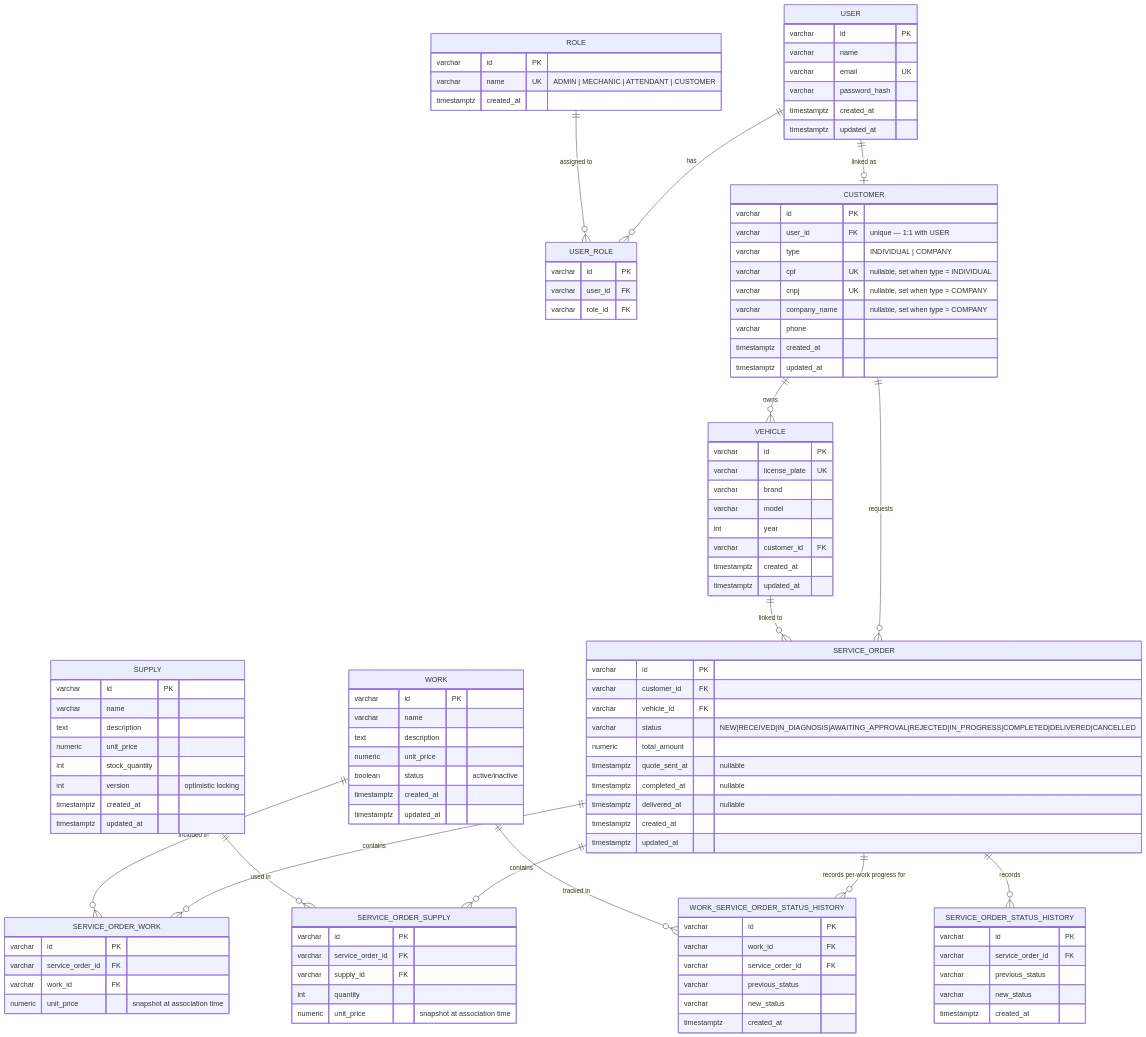
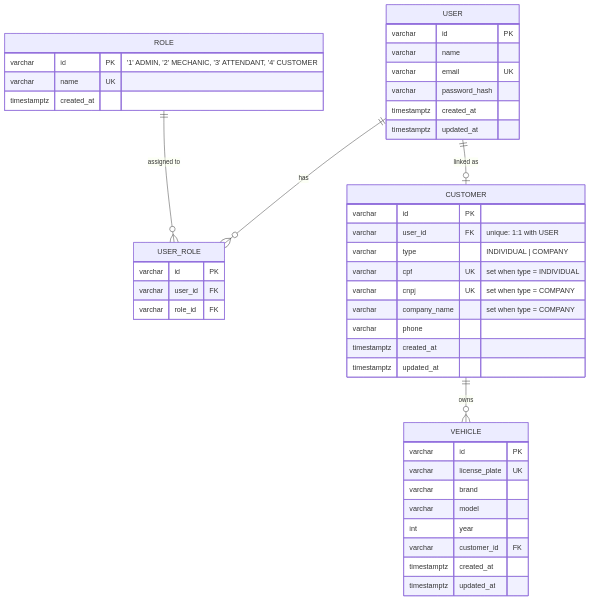
One commit to POS-FIAP-15SOAT-TEAM-DARK-MODE/auto-repair-shop-infra-db changed the first of 3 diagrams in docs/database-erd.md. Above: the diagram before and after it, drawn with Mermaid. The commit also changed other lines of this file, not shown here.

First line of the commit message:
docs(erd): one entity-relationship model per database

````diff
--- a/docs/database-erd.md
+++ b/docs/database-erd.md
@@ -23,8 +31,8 @@
     }
 
     ROLE {
-        varchar id PK
-        varchar name UK "ADMIN | MECHANIC | ATTENDANT | CUSTOMER"
+        varchar id PK "'1' ADMIN, '2' MECHANIC, '3' ATTENDANT, '4' CUSTOMER"
+        varchar name UK
         timestamptz created_at
     }
 
@@ -36,11 +44,11 @@
 
     CUSTOMER {
         varchar id PK
-        varchar user_id FK "unique — 1:1 with USER"
+        varchar user_id FK "unique: 1:1 with USER"
         varchar type "INDIVIDUAL | COMPANY"
-        varchar cpf UK "nullable, set when type = INDIVIDUAL"
-        varchar cnpj UK "nullable, set when type = COMPANY"
-        varchar company_name "nullable, set when type = COMPANY"
+        varchar cpf UK "set when type = INDIVIDUAL"
+        varchar cnpj UK "set when type = COMPANY"
+        varchar company_name "set when type = COMPANY"
         varchar phone
         timestamptz created_at
         timestamptz updated_at
@@ -57,83 +65,8 @@
         timestamptz updated_at
     }
 
-    WORK {
-        varchar id PK
-        varchar name
-        text description
-        numeric unit_price
-        boolean status "active/inactive"
-        timestamptz created_at
-        timestamptz updated_at
-    }
-
-    SUPPLY {
-        varchar id PK
-        varchar name
-        text description
-        numeric unit_price
-        int stock_quantity
-        int version "optimistic locking"
-        timestamptz created_at
-        timestamptz updated_at
-    }
-
-    SERVICE_ORDER {
-        varchar id PK
-        varchar customer_id FK
-        varchar vehicle_id FK
-        varchar status "NEW|RECEIVED|IN_DIAGNOSIS|AWAITING_APPROVAL|REJECTED|IN_PROGRESS|COMPLETED|DELIVERED|CANCELLED"
-        numeric total_amount
-        timestamptz quote_sent_at "nullable"
-        timestamptz completed_at "nullable"
-        timestamptz delivered_at "nullable"
-        timestamptz created_at
-        timestamptz updated_at
-    }
-
-    SERVICE_ORDER_WORK {
-        varchar id PK
-        varchar service_order_id FK
-        varchar work_id FK
-        numeric unit_price "snapshot at association time"
-    }
-
-    SERVICE_ORDER_SUPPLY {
-        varchar id PK
-        varchar service_order_id FK
-        varchar supply_id FK
-        int quantity
-        numeric unit_price "snapshot at association time"
-    }
-
-    SERVICE_ORDER_STATUS_HISTORY {
-        varchar id PK
-        varchar service_order_id FK
-        varchar previous_status
-        varchar new_status
-        timestamptz created_at
-    }
-
-    WORK_SERVICE_ORDER_STATUS_HISTORY {
-        varchar id PK
-        varchar work_id FK
-        varchar service_order_id FK
-        varchar previous_status
-        varchar new_status
-        timestamptz created_at
-    }
-
     USER ||--o{ USER_ROLE : "has"
     ROLE ||--o{ USER_ROLE : "assigned to"
     USER ||--o| CUSTOMER : "linked as"
     CUSTOMER ||--o{ VEHICLE : "owns"
-    CUSTOMER ||--o{ SERVICE_ORDER : "requests"
-    VEHICLE ||--o{ SERVICE_ORDER : "linked to"
-    SERVICE_ORDER ||--o{ SERVICE_ORDER_WORK : "contains"
-    WORK ||--o{ SERVICE_ORDER_WORK : "included in"
-    SERVICE_ORDER ||--o{ SERVICE_ORDER_SUPPLY : "contains"
-    SUPPLY ||--o{ SERVICE_ORDER_SUPPLY : "used in"
-    SERVICE_ORDER ||--o{ SERVICE_ORDER_STATUS_HISTORY : "records"
-    SERVICE_ORDER ||--o{ WORK_SERVICE_ORDER_STATUS_HISTORY : "records per-work progress for"
-    WORK ||--o{ WORK_SERVICE_ORDER_STATUS_HISTORY : "tracked in"
 ```
````
